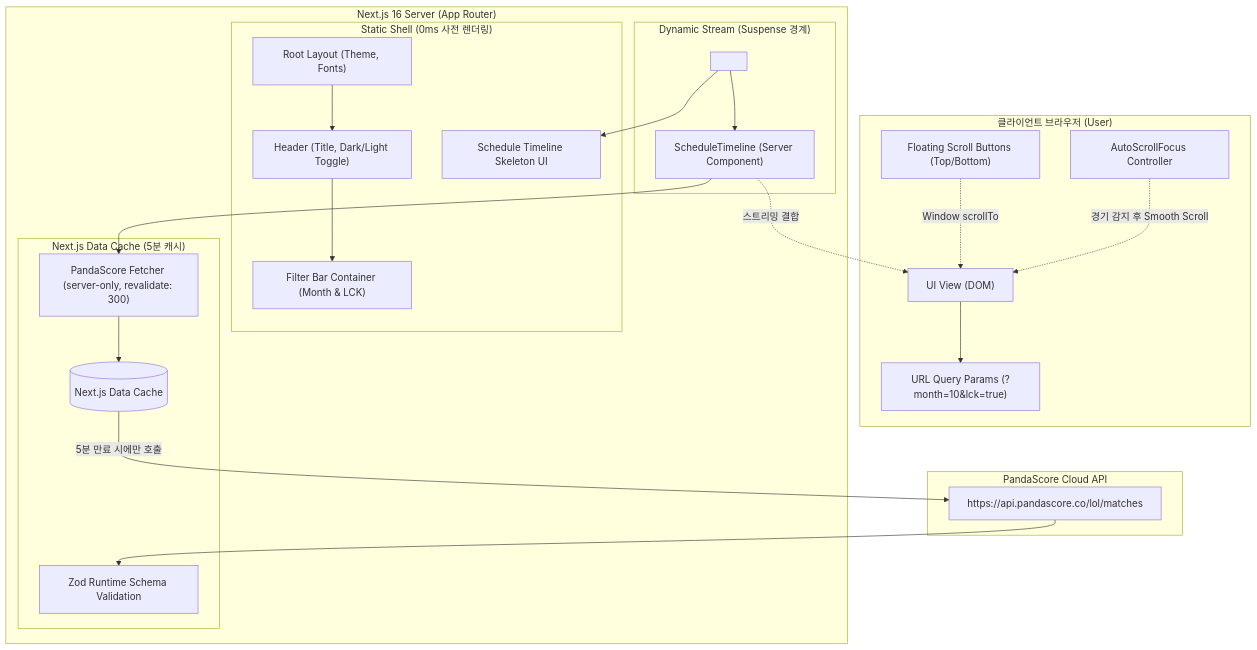
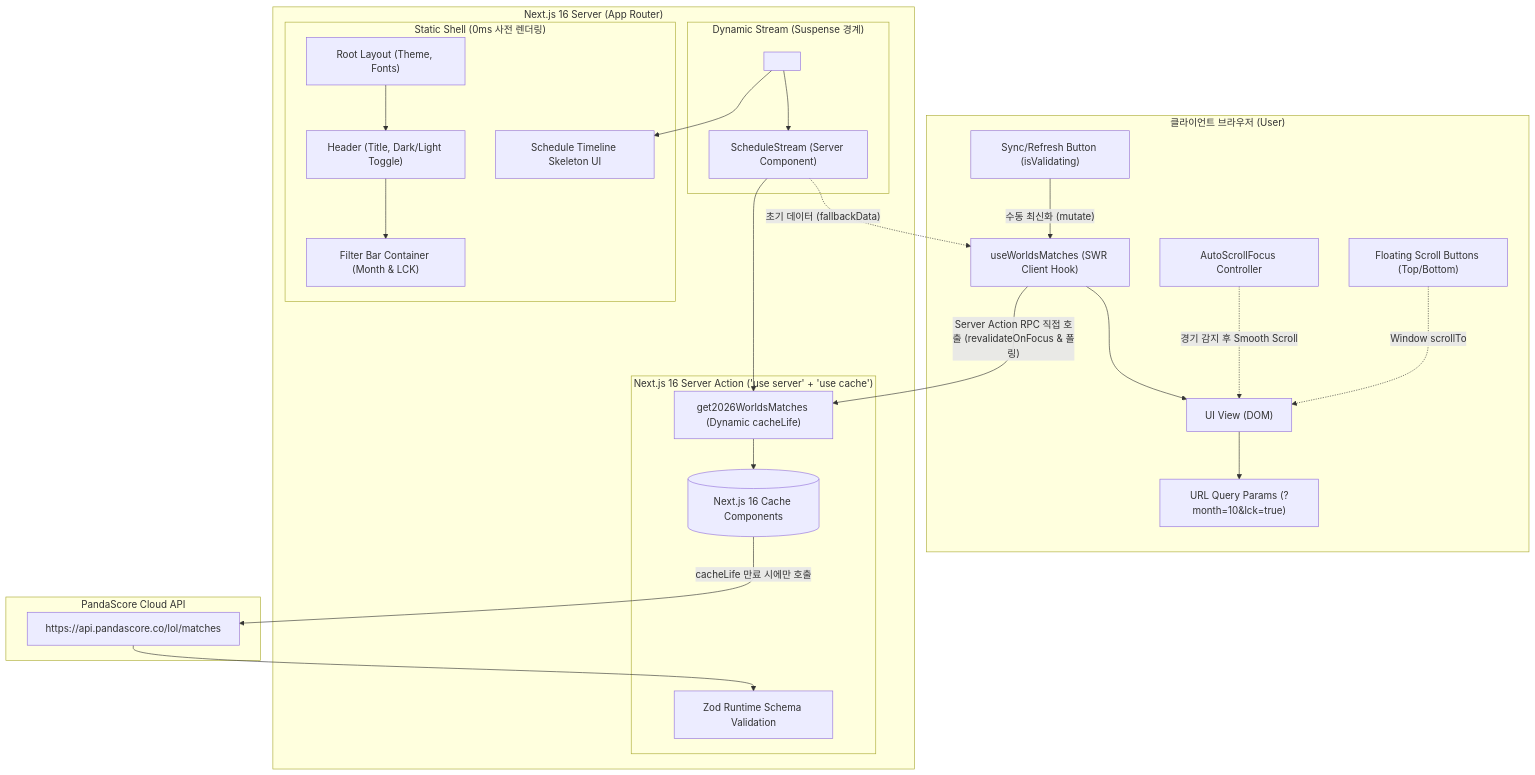
Before and after one commit to hanpla/hanpla-lol-worlds: the diagram in docs/ARCHITECTURE.md, drawn with Mermaid. The commit also changed other lines of this file and 1 other file, not shown here.

Commit message:
docs: Server Action 및 SWR 실시간 동기화 아키텍처 및 백로그 반영 (TICKET-701)

````diff
--- a/docs/ARCHITECTURE.md
+++ b/docs/ARCHITECTURE.md
@@ -9,46 +9,51 @@
 ```mermaid
 flowchart TD
     subgraph ClientBrowser ["클라이언트 브라우저 (User)"]
         UI["UI View (DOM)"]
         URL["URL Query Params (?month=10&lck=true)"]
+        SWR["useWorldsMatches (SWR Client Hook)"]
+        SyncBtn["Sync/Refresh Button (isValidating)"]
         ScrollController["AutoScrollFocus Controller"]
         FAB["Floating Scroll Buttons (Top/Bottom)"]
     end
 
     subgraph NextServer ["Next.js 16 Server (App Router)"]
         subgraph StaticShell ["Static Shell (0ms 사전 렌더링)"]
             Layout["Root Layout (Theme, Fonts)"]
             Header["Header (Title, Dark/Light Toggle)"]
             TabsContainer["Filter Bar Container (Month & LCK)"]
             Skeleton["Schedule Timeline Skeleton UI"]
         end
 
         subgraph DynamicStream ["Dynamic Stream (Suspense 경계)"]
             SuspenseBoundary["<Suspense fallback={...}>"]
-            ScheduleRSC["ScheduleTimeline (Server Component)"]
+            ScheduleRSC["ScheduleStream (Server Component)"]
         end
 
-        subgraph DataCacheLayer ["Next.js Data Cache (5분 캐시)"]
-            Fetcher["PandaScore Fetcher (server-only, revalidate: 300)"]
+        subgraph ServerActionLayer ["Next.js 16 Server Action ('use server' + 'use cache')"]
+            ServerAction["get2026WorldsMatches (Dynamic cacheLife)"]
             ZodValidator["Zod Runtime Schema Validation"]
-            MemoryCache[("Next.js Data Cache")]
+            MemoryCache[("Next.js 16 Cache Components")]
         end
     end
 
     subgraph ExternalAPI ["PandaScore Cloud API"]
         PandaAPI["https://api.pandascore.co/lol/matches"]
     end
 
     UI --> URL
     Layout --> Header
     Header --> TabsContainer
     SuspenseBoundary --> Skeleton
     SuspenseBoundary --> ScheduleRSC
-    ScheduleRSC --> Fetcher
-    Fetcher --> MemoryCache
-    MemoryCache -- "5분 만료 시에만 호출" --> PandaAPI
+    ScheduleRSC --> ServerAction
+    ScheduleRSC -. "초기 데이터 (fallbackData)" .-> SWR
+    SWR --> UI
+    SWR -- "Server Action RPC 직접 호출 (revalidateOnFocus & 폴링)" --> ServerAction
+    SyncBtn -- "수동 최신화 (mutate)" --> SWR
+    ServerAction --> MemoryCache
+    MemoryCache -- "cacheLife 만료 시에만 호출" --> PandaAPI
     PandaAPI --> ZodValidator
-    ScheduleRSC -. "스트리밍 결합" .-> UI
     ScrollController -. "경기 감지 후 Smooth Scroll" .-> UI
     FAB -. "Window scrollTo" .-> UI
 ```
````
